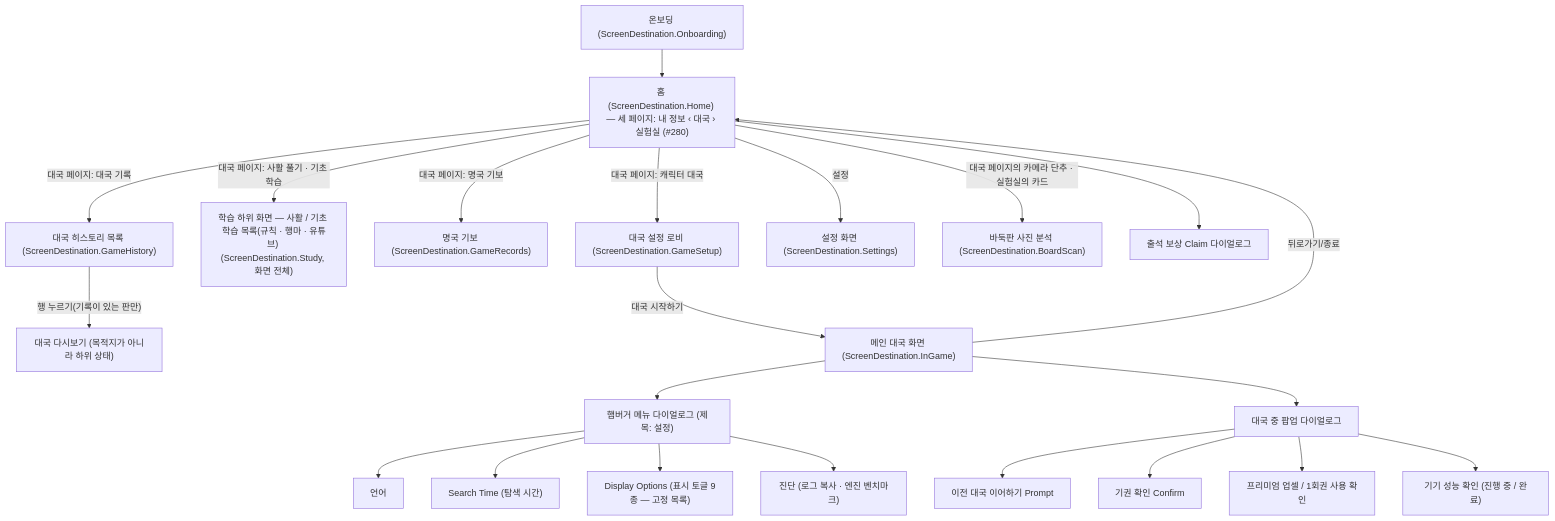
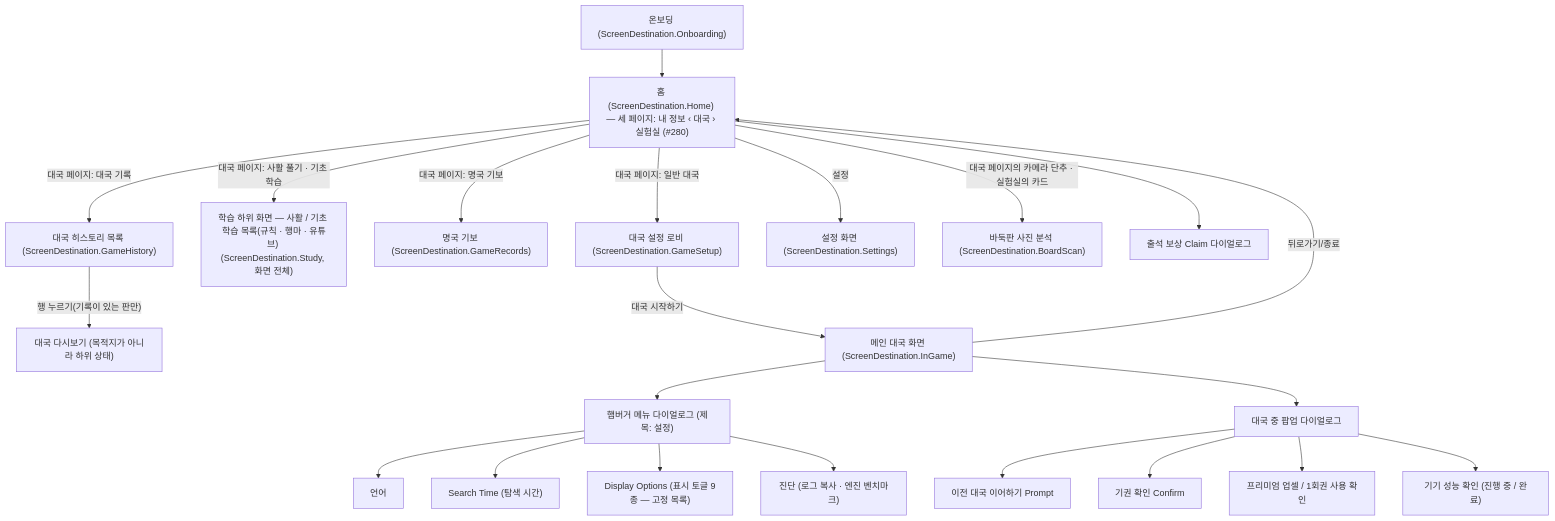
One commit to flitsky/go-ai-coach-app changed the diagram in docs/spec/APP_IA_AND_UI_SPEC.md. Above: the diagram before and after it, drawn with Mermaid. The commit also changed other lines of this file and 8 other files, not shown here.

First line of the commit message:
feat(home): 「캐릭터 대국」 is now 「일반 대국」 — the menu name and the first-run bubble in four languages (Standard Match · 通常対局 · 普通对局); the docs that describe the app today follow (backlog #286)

````diff
--- a/docs/spec/APP_IA_AND_UI_SPEC.md
+++ b/docs/spec/APP_IA_AND_UI_SPEC.md
@@ -21,26 +21,26 @@
 ```mermaid
 graph TD
     O["온보딩 (ScreenDestination.Onboarding)"] --> A
-    A["홈 (ScreenDestination.Home) — 세 페이지: 내 정보 ‹ 대국 › 실험실 (#280)"] -->|"대국 페이지: 캐릭터 대국"| B["대국 설정 로비 (ScreenDestination.GameSetup)"]
+    A["홈 (ScreenDestination.Home) — 세 페이지: 내 정보 ‹ 대국 › 실험실 (#280)"] -->|"대국 페이지: 일반 대국"| B["대국 설정 로비 (ScreenDestination.GameSetup)"]
     A -->|"대국 페이지: 사활 풀기 · 기초 학습"| F["학습 하위 화면 — 사활 / 기초 학습 목록(규칙 · 행마 · 유튜브) (ScreenDestination.Study, 화면 전체)"]
     A -->|"대국 페이지: 명국 기보"| R["명국 기보 (ScreenDestination.GameRecords)"]
     A -->|"대국 페이지: 대국 기록"| G["대국 히스토리 목록 (ScreenDestination.GameHistory)"]
     G -->|"행 누르기(기록이 있는 판만)"| G1["대국 다시보기 (목적지가 아니라 하위 상태)"]
     A -->|"설정"| S["설정 화면 (ScreenDestination.Settings)"]
     A -->|"대국 페이지의 카메라 단추 · 실험실의 카드"| BS["바둑판 사진 분석 (ScreenDestination.BoardScan)"]
     B -->|"대국 시작하기"| C["메인 대국 화면 (ScreenDestination.InGame)"]
     C -->|"뒤로가기/종료"| A
 
     C --> D["햄버거 메뉴 다이얼로그 (제목: 설정)"]
     D --> D1["언어"]
     D --> D2["Search Time (탐색 시간)"]
     D --> D3["Display Options (표시 토글 9종 — 고정 목록)"]
     D --> D4["진단 (로그 복사 · 엔진 벤치마크)"]
 
     A --> P["출석 보상 Claim 다이얼로그"]
     C --> E["대국 중 팝업 다이얼로그"]
     E --> E1["이전 대국 이어하기 Prompt"]
     E --> E2["기권 확인 Confirm"]
     E --> E3["프리미엄 업셀 / 1회권 사용 확인"]
     E --> E4["기기 성능 확인 (진행 중 / 완료)"]
 ```
````
